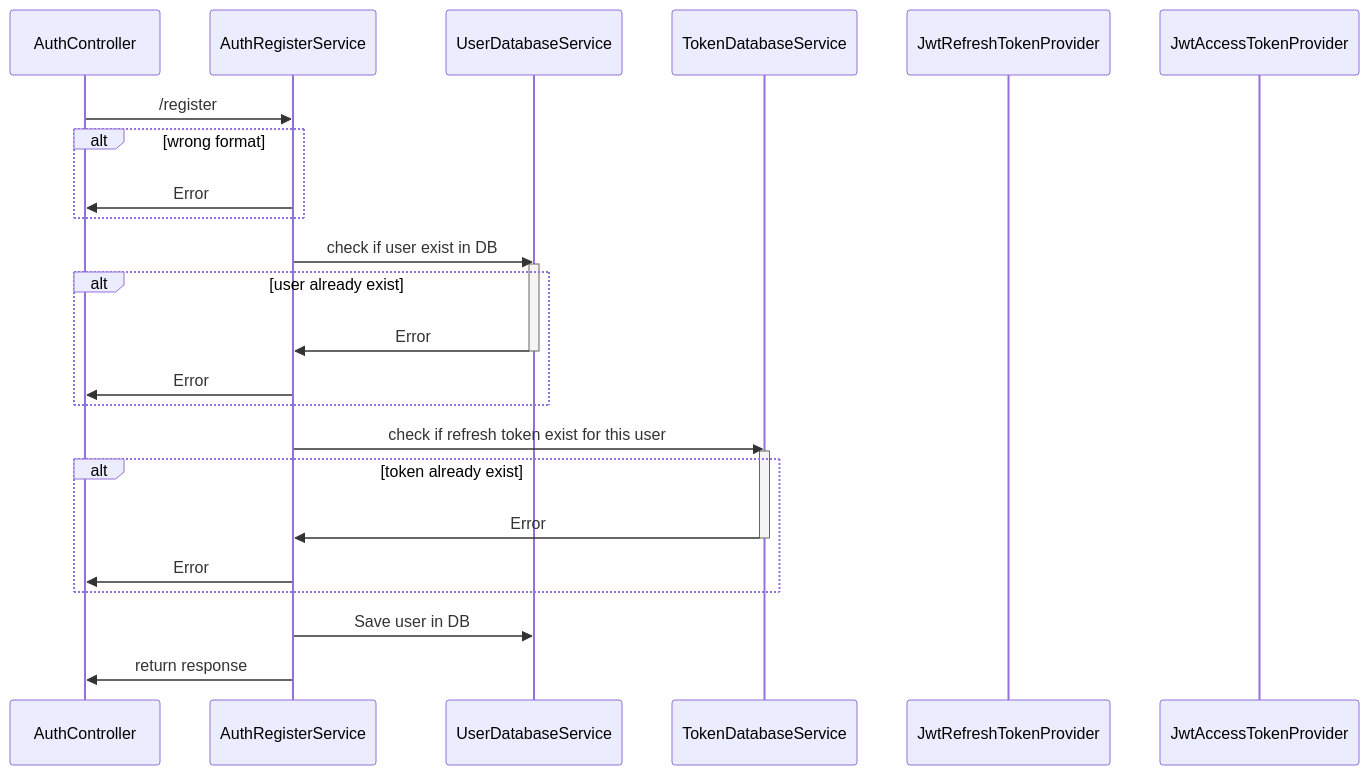
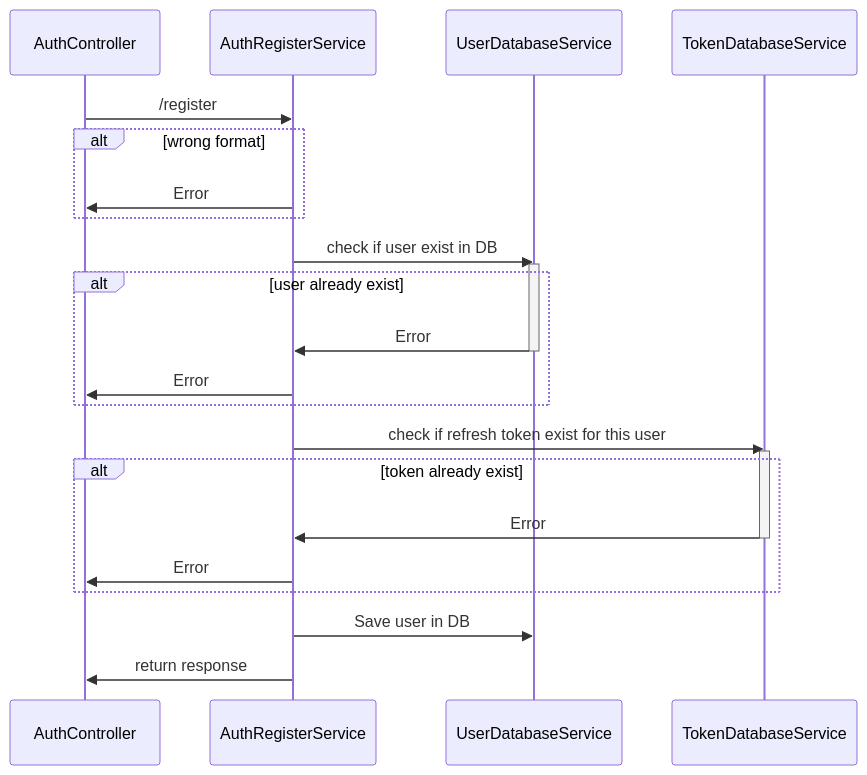
The first of 4 diagrams in apps/auth/README.mkd (Code-Oz/auth-nest-monorepo), drawn with Mermaid before and after one commit. The commit also changed 4 other files, not shown here.

Commit message:
Change register path by remove token provider for register

````diff
--- a/apps/auth/README.mkd
+++ b/apps/auth/README.mkd
@@ -3,36 +3,33 @@
 ```mermaid
 sequenceDiagram
 
     AuthController->>AuthRegisterService: /register
     alt wrong format
         AuthRegisterService->>AuthController: Error
     end
 
     AuthRegisterService->>UserDatabaseService: check if user exist in DB
     activate UserDatabaseService
     alt user already exist
         UserDatabaseService->>AuthRegisterService: Error
         deactivate UserDatabaseService
         AuthRegisterService->>AuthController: Error
     end
 
     AuthRegisterService->>TokenDatabaseService: check if refresh token exist for this user
     activate TokenDatabaseService
     alt token already exist
         TokenDatabaseService->>AuthRegisterService: Error
         deactivate TokenDatabaseService
         AuthRegisterService->>AuthController: Error
     end
 
     AuthRegisterService->>UserDatabaseService: Save user in DB
     AuthRegisterService->>AuthController: return response
         
     participant AuthController
     participant AuthRegisterService
 
     participant UserDatabaseService
     participant TokenDatabaseService
-
-    participant JwtRefreshTokenProvider
-    participant JwtAccessTokenProvider
 ```
````
